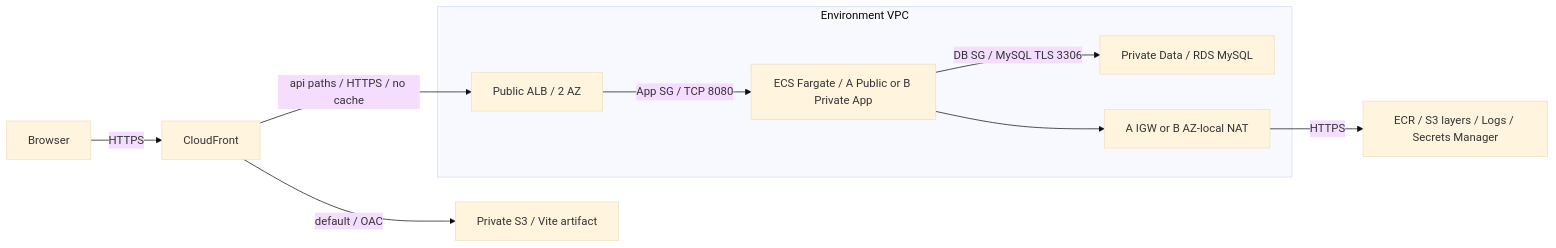
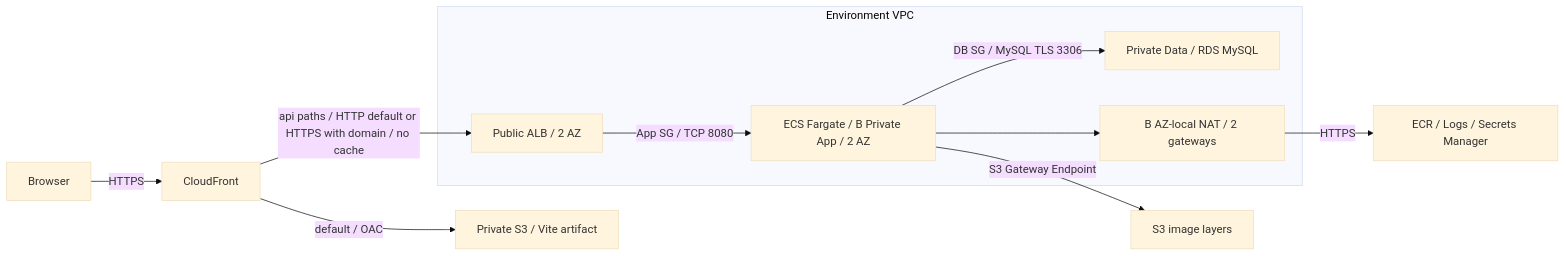
Before and after one commit to youneedpython/MoodFit-v3: the first of 2 diagrams in docs/13-AWS-ARCHITECTURE.md, drawn with Mermaid (base theme). The commit also changed other lines of this file and 5 other files, not shown here.

````diff
--- a/docs/13-AWS-ARCHITECTURE.md
+++ b/docs/13-AWS-ARCHITECTURE.md
@@ -34,12 +34,13 @@
 ```mermaid
 flowchart LR
   User[Browser] -->|HTTPS| CF[CloudFront]
   CF -->|default / OAC| S3[Private S3 / Vite artifact]
-  CF -->|api paths / HTTPS / no cache| ALB[Public ALB / 2 AZ]
+  CF -->|api paths / HTTP default or HTTPS with domain / no cache| ALB[Public ALB / 2 AZ]
   subgraph VPC[Environment VPC]
-    ALB -->|App SG / TCP 8080| ECS[ECS Fargate / A Public or B Private App]
+    ALB -->|App SG / TCP 8080| ECS[ECS Fargate / B Private App / 2 AZ]
     ECS -->|DB SG / MySQL TLS 3306| RDS[Private Data / RDS MySQL]
-    ECS --> OUT[A IGW or B AZ-local NAT]
+    ECS --> OUT[B AZ-local NAT / 2 gateways]
   end
-  OUT -->|HTTPS| Services[ECR / S3 layers / Logs / Secrets Manager]
+  OUT -->|HTTPS| Services[ECR / Logs / Secrets Manager]
+  ECS -->|S3 Gateway Endpoint| Layers[S3 image layers]
 ```
````
